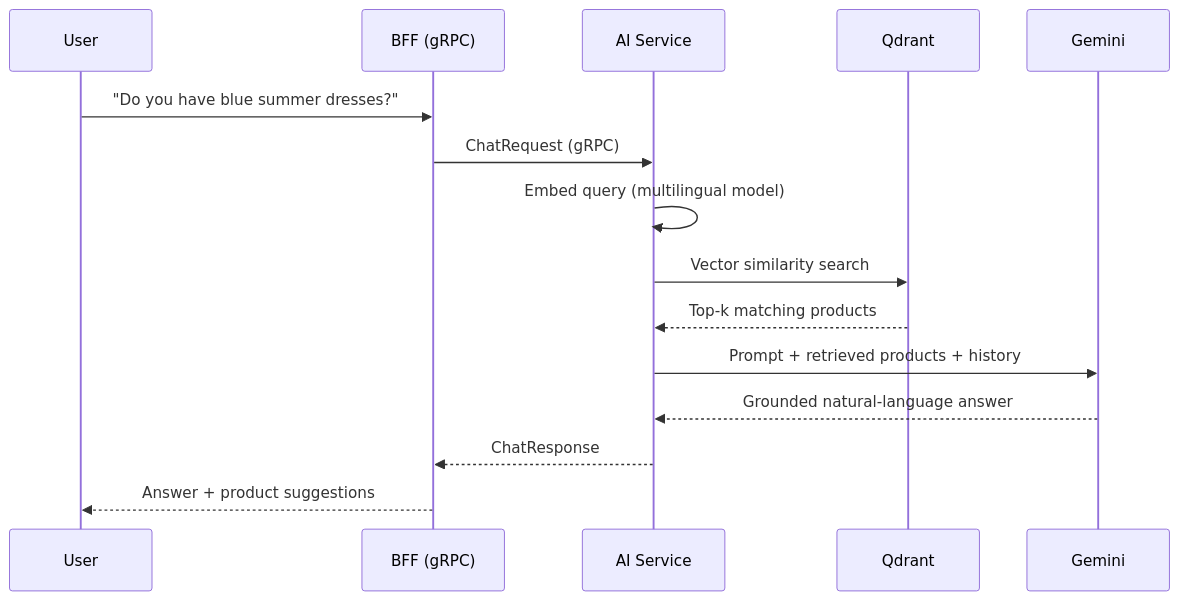
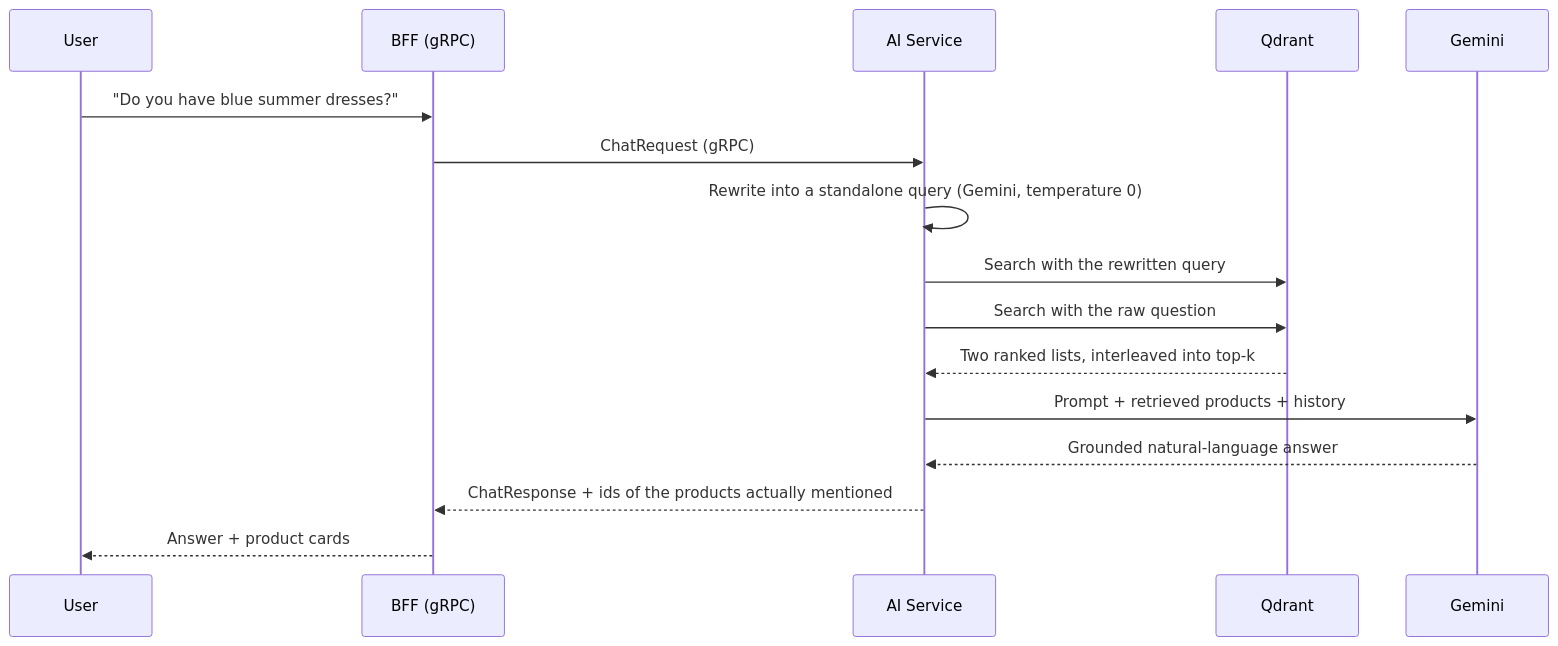
The second of 3 diagrams in README.md (THANN-X/microservice-with-rag), drawn with Mermaid before and after one commit. The commit also changed other lines of this file and 2 other files, not shown here.

````diff
--- a/README.md
+++ b/README.md
@@ -155,18 +158,19 @@
 ```mermaid
 sequenceDiagram
     participant U as User
     participant BFF as BFF (gRPC)
     participant AI as AI Service
     participant Q as Qdrant
     participant G as Gemini
 
     U->>BFF: "Do you have blue summer dresses?"
     BFF->>AI: ChatRequest (gRPC)
-    AI->>AI: Embed query (multilingual model)
-    AI->>Q: Vector similarity search
-    Q-->>AI: Top-k matching products
+    AI->>AI: Rewrite into a standalone query (Gemini, temperature 0)
+    AI->>Q: Search with the rewritten query
+    AI->>Q: Search with the raw question
+    Q-->>AI: Two ranked lists, interleaved into top-k
     AI->>G: Prompt + retrieved products + history
     G-->>AI: Grounded natural-language answer
-    AI-->>BFF: ChatResponse
-    BFF-->>U: Answer + product suggestions
+    AI-->>BFF: ChatResponse + ids of the products actually mentioned
+    BFF-->>U: Answer + product cards
 ```
````
